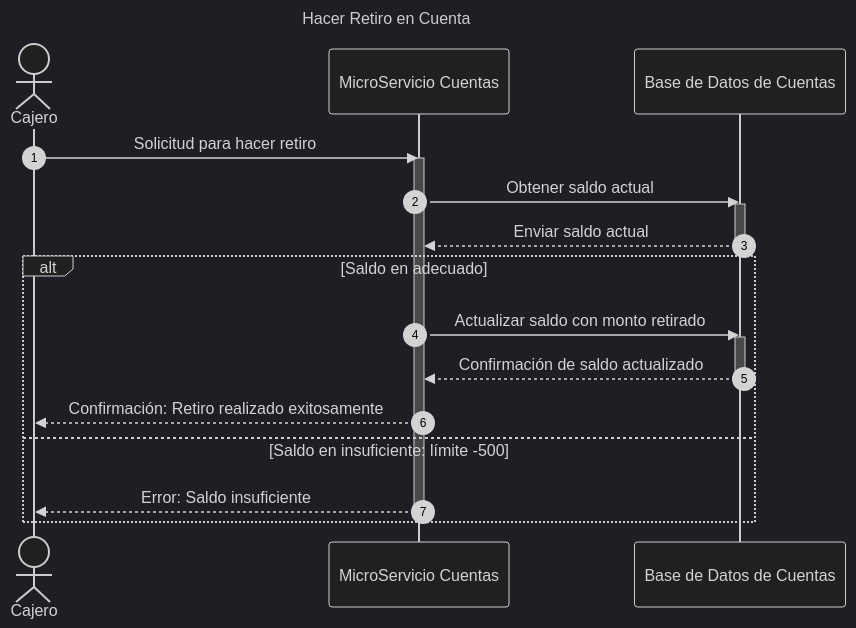
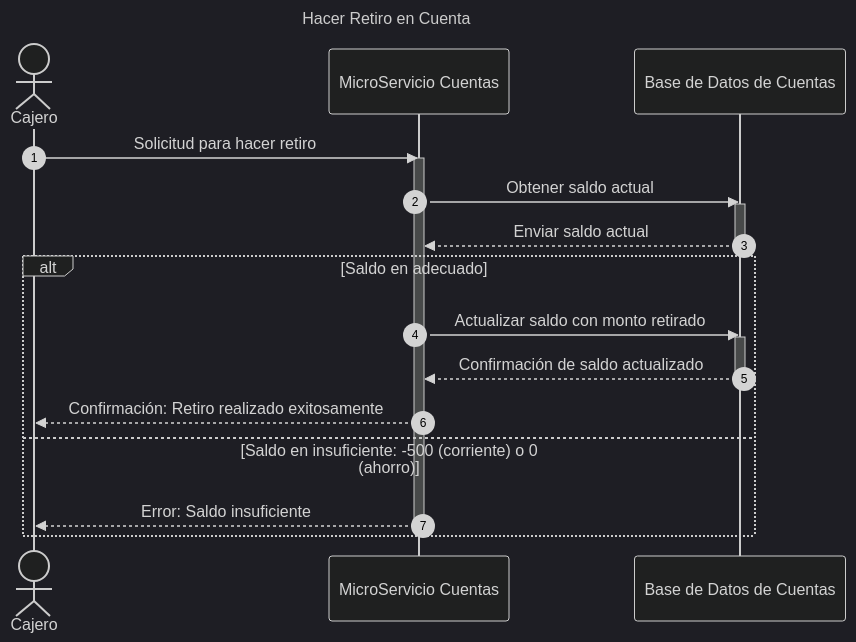
One commit to dannyverap/XYZBank changed diagram 11 of 11 in Documentacion/DiagramaDeSecuencia.md. Above: the diagram before and after it, drawn with Mermaid (dark theme). The commit also changed other lines of this file and 22 other files, not shown here.

````diff
--- a/Documentacion/DiagramaDeSecuencia.md
+++ b/Documentacion/DiagramaDeSecuencia.md
@@ -252,25 +252,25 @@
 ```mermaid
 sequenceDiagram
     title Hacer Retiro en Cuenta
     autonumber
     actor C as Cajero
     participant MsCuenta as MicroServicio Cuentas
     participant CuentaDb as Base de Datos de Cuentas
     C ->> MsCuenta: Solicitud para hacer retiro
     activate MsCuenta
     MsCuenta ->> CuentaDb: Obtener saldo actual
     activate CuentaDb
     CuentaDb -->> MsCuenta: Enviar saldo actual
     deactivate CuentaDb
 
     alt Saldo en adecuado
         MsCuenta ->> CuentaDb: Actualizar saldo con monto retirado
         activate CuentaDb
         CuentaDb -->> MsCuenta: Confirmación de saldo actualizado
         deactivate CuentaDb
         MsCuenta -->> C: Confirmación: Retiro realizado exitosamente
-    else Saldo en insuficiente: límite -500
+    else Saldo en insuficiente: -500 (corriente) o 0 (ahorro)
         MsCuenta -->> C: Error: Saldo insuficiente
         deactivate MsCuenta
     end
  ```
````
